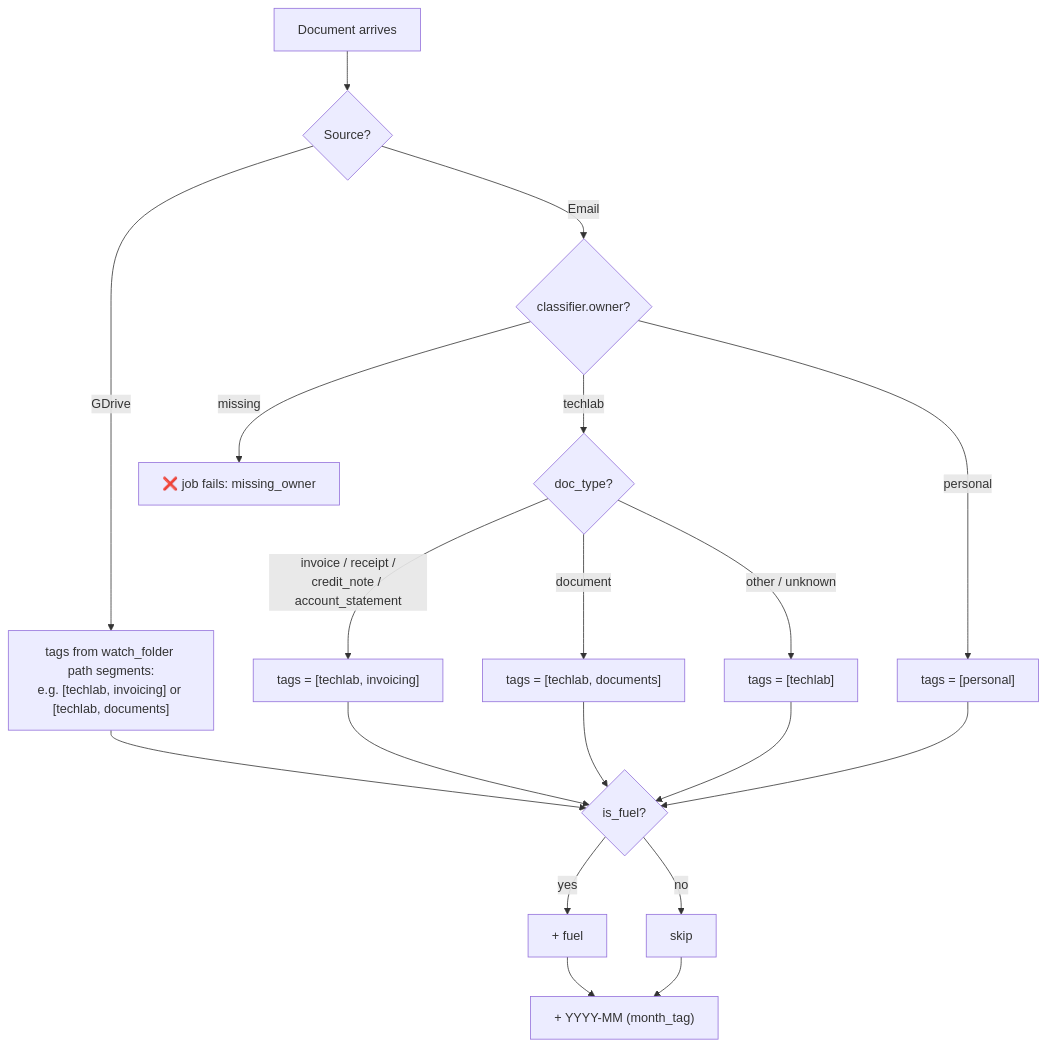
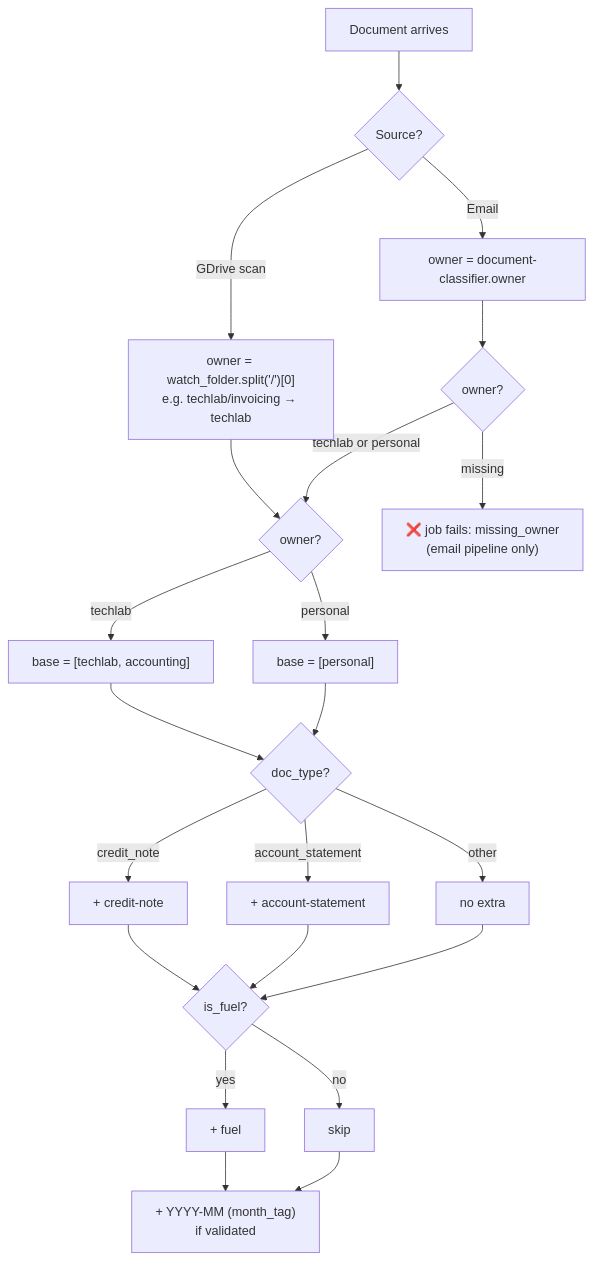
The third of 7 diagrams in docs/uc1-invoice-processing.md (mcsdodo/personal-assistant), drawn with Mermaid before and after one commit. The commit also changed other lines of this file and 3 other files, not shown here.

````diff
--- a/docs/uc1-invoice-processing.md
+++ b/docs/uc1-invoice-processing.md
@@ -203,26 +212,33 @@
 ```mermaid
 flowchart TD
     A[Document arrives] --> B{Source?}
 
-    B -->|GDrive| C["tags from watch_folder path segments:<br/>e.g. [techlab, invoicing] or [techlab, documents]"]
+    B -->|GDrive scan| Bg["owner = watch_folder.split('/')[0]<br/>e.g. techlab/invoicing → techlab"]
+    B -->|Email| Be["owner = document-classifier.owner"]
 
-    B -->|Email| D{"classifier.owner?"}
-    D -->|missing| X["❌ job fails: missing_owner"]
-    D -->|techlab| F{doc_type?}
-    D -->|personal| E["tags = [personal]"]
+    Bg --> D{owner?}
+    Be --> Dm{owner?}
 
-    F -->|invoice / receipt /<br/>credit_note / account_statement| G["tags = [techlab, invoicing]"]
-    F -->|document| H["tags = [techlab, documents]"]
-    F -->|other / unknown| I["tags = [techlab]"]
+    Dm -->|missing| X["❌ job fails: missing_owner<br/>(email pipeline only)"]
+    Dm -->|techlab or personal| D
 
-    C --> J{is_fuel?}
-    G --> J
-    H --> J
-    I --> J
-    E --> J
+    D -->|techlab| G["base = [techlab, accounting]"]
+    D -->|personal| E["base = [personal]"]
 
+    G --> Dt
+    E --> Dt
+    Dt{doc_type?}
+    Dt -->|credit_note| Cn["+ credit-note"]
+    Dt -->|account_statement| As["+ account-statement"]
+    Dt -->|other| Skip[no extra]
+
+    Cn --> J
+    As --> J
+    Skip --> J
+
+    J{is_fuel?}
     J -->|yes| K["+ fuel"]
     J -->|no| L[skip]
-    K --> M["+ YYYY-MM (month_tag)"]
+    K --> M["+ YYYY-MM (month_tag)<br/>if validated"]
     L --> M
 ```
````
